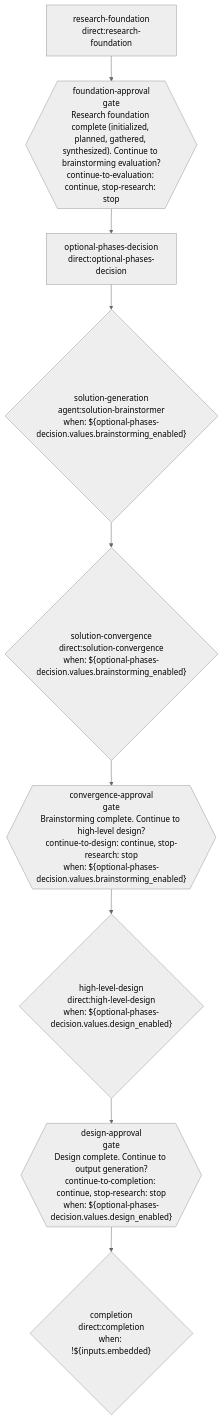
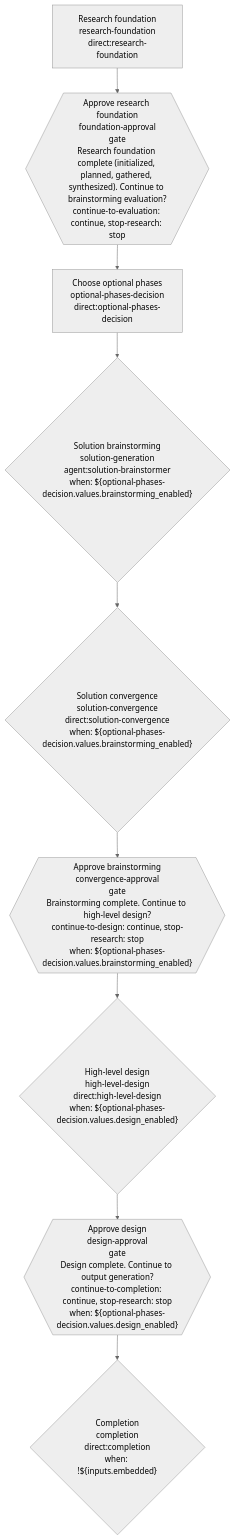
Before and after one commit to SkillPanel/maister: the diagram in plugins/maister-copilot/skills/workflow-engine/workflows/research.mmd, drawn with Mermaid (neutral theme). The commit also changed 17 other files, not shown here.

```diff
--- a/plugins/maister-copilot/skills/workflow-engine/workflows/research.mmd
+++ b/plugins/maister-copilot/skills/workflow-engine/workflows/research.mmd
@@ -1,24 +1,24 @@
 %% generated from the workflow definition — regenerate, do not edit
 %% workflow: research
 %% graph_hash: sha256:9365d6f29c2c98e80323b21080b64510167bd17d2744baa3b0bfeed69b5b8f7b
 
 flowchart TD
-  n_research_foundation["research-foundation<br/>direct:research-foundation"]
-  n_foundation_approval{{"foundation-approval<br/>gate<br/>Research foundation complete (initialized, planned, gathered, synthesized). Continue to brainstorming evaluation?<br/>continue-to-evaluation: continue, stop-research: stop"}}
-  n_optional_phases_decision["optional-phases-decision<br/>direct:optional-phases-decision"]
-  n_solution_generation{"solution-generation<br/>agent:solution-brainstormer<br/>when: ${optional-phases-decision.values.brainstorming_enabled}"}
-  n_solution_convergence{"solution-convergence<br/>direct:solution-convergence<br/>when: ${optional-phases-decision.values.brainstorming_enabled}"}
-  n_convergence_approval{{"convergence-approval<br/>gate<br/>Brainstorming complete. Continue to high-level design?<br/>continue-to-design: continue, stop-research: stop<br/>when: ${optional-phases-decision.values.brainstorming_enabled}"}}
-  n_high_level_design{"high-level-design<br/>direct:high-level-design<br/>when: ${optional-phases-decision.values.design_enabled}"}
-  n_design_approval{{"design-approval<br/>gate<br/>Design complete. Continue to output generation?<br/>continue-to-completion: continue, stop-research: stop<br/>when: ${optional-phases-decision.values.design_enabled}"}}
-  n_completion{"completion<br/>direct:completion<br/>when: !${inputs.embedded}"}
+  n_research_foundation["Research foundation<br/>research-foundation<br/>direct:research-foundation"]
+  n_foundation_approval{{"Approve research foundation<br/>foundation-approval<br/>gate<br/>Research foundation complete (initialized, planned, gathered, synthesized). Continue to brainstorming evaluation?<br/>continue-to-evaluation: continue, stop-research: stop"}}
+  n_optional_phases_decision["Choose optional phases<br/>optional-phases-decision<br/>direct:optional-phases-decision"]
+  n_solution_generation{"Solution brainstorming<br/>solution-generation<br/>agent:solution-brainstormer<br/>when: ${optional-phases-decision.values.brainstorming_enabled}"}
+  n_solution_convergence{"Solution convergence<br/>solution-convergence<br/>direct:solution-convergence<br/>when: ${optional-phases-decision.values.brainstorming_enabled}"}
+  n_convergence_approval{{"Approve brainstorming<br/>convergence-approval<br/>gate<br/>Brainstorming complete. Continue to high-level design?<br/>continue-to-design: continue, stop-research: stop<br/>when: ${optional-phases-decision.values.brainstorming_enabled}"}}
+  n_high_level_design{"High-level design<br/>high-level-design<br/>direct:high-level-design<br/>when: ${optional-phases-decision.values.design_enabled}"}
+  n_design_approval{{"Approve design<br/>design-approval<br/>gate<br/>Design complete. Continue to output generation?<br/>continue-to-completion: continue, stop-research: stop<br/>when: ${optional-phases-decision.values.design_enabled}"}}
+  n_completion{"Completion<br/>completion<br/>direct:completion<br/>when: !${inputs.embedded}"}
   n_research_foundation --> n_foundation_approval
   n_foundation_approval --> n_optional_phases_decision
   n_optional_phases_decision --> n_solution_generation
   n_solution_generation --> n_solution_convergence
   n_solution_convergence --> n_convergence_approval
   n_convergence_approval --> n_high_level_design
   n_high_level_design --> n_design_approval
   n_design_approval --> n_completion
   class n_foundation_approval,n_convergence_approval,n_design_approval gate
   class n_solution_generation,n_solution_convergence,n_convergence_approval,n_high_level_design,n_design_approval,n_completion conditional
```
